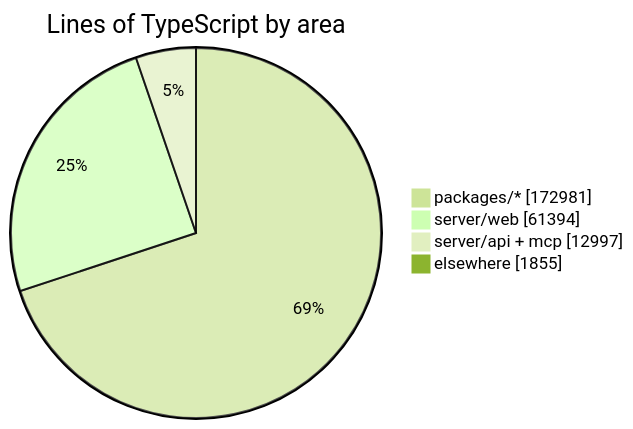
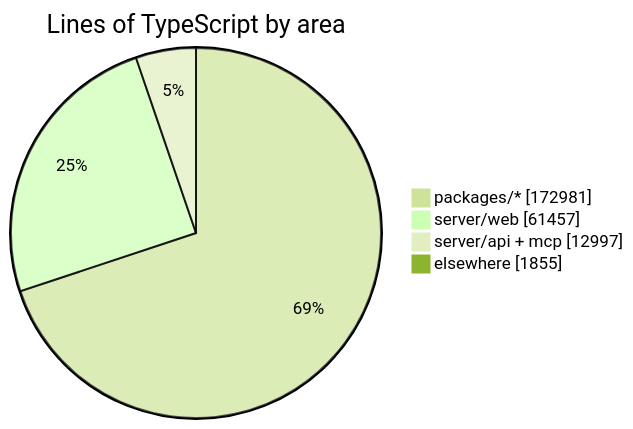
Before and after one commit to crossworks-engineering/mantle: the diagram in README.md, drawn with Mermaid (forest theme). The commit also changed other lines of this file and 2 other files, not shown here.

````diff
--- a/README.md
+++ b/README.md
@@ -279,7 +279,7 @@
 ```mermaid
 pie showData title Lines of TypeScript by area
     "packages/*" : 172981
-    "server/web" : 61394
+    "server/web" : 61457
     "server/api + mcp" : 12997
     "elsewhere" : 1855
 ```
````
